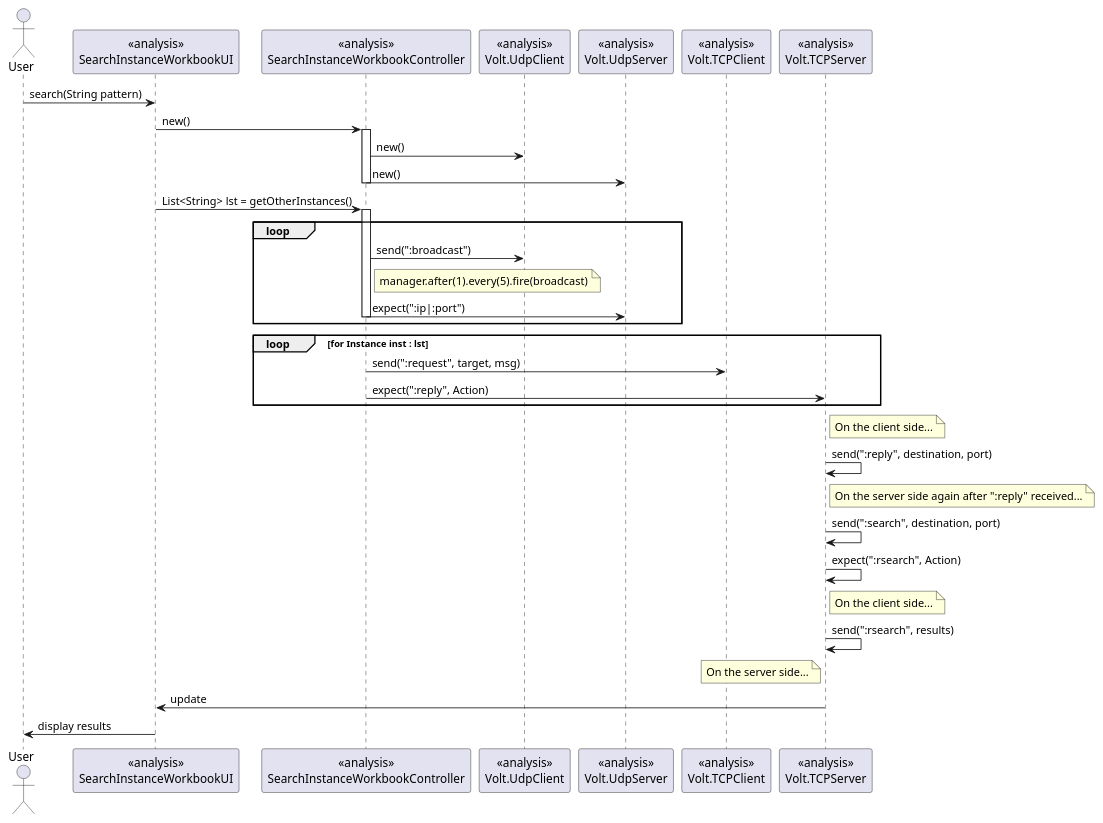
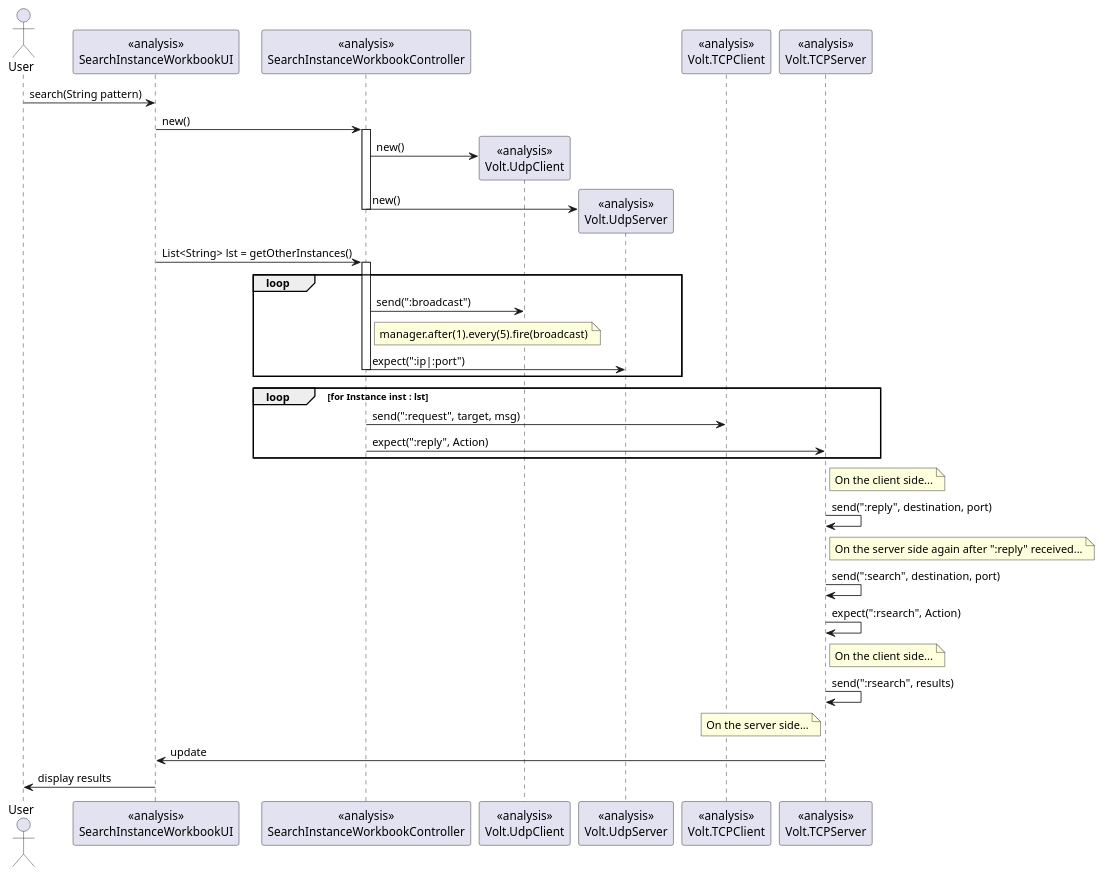
Before and after one commit to RubenTeixeira/cleansheets_isep_2dg_2016: the diagram in src/main/java/csheets/worklog/n1140780/sprint3/ipc_03.2_analysis.puml, drawn with PlantUML. The commit also changed 2 other files, not shown here.

```diff
--- a/src/main/java/csheets/worklog/n1140780/sprint3/ipc_03.2_analysis.puml
+++ b/src/main/java/csheets/worklog/n1140780/sprint3/ipc_03.2_analysis.puml
@@ -1,50 +1,52 @@
 @startuml doc-files/ipc_03.1_analysis_server_side.png
 
 actor User
 participant "<<analysis>>\nSearchInstanceWorkbookUI" as UI
 participant "<<analysis>>\nSearchInstanceWorkbookController" as Control
 participant "<<analysis>>\nVolt.UdpClient" as UdpClient
 participant "<<analysis>>\nVolt.UdpServer" as UdpServer
 participant "<<analysis>>\nVolt.TCPClient" as TCPClient
 participant "<<analysis>>\nVolt.TCPServer" as TCPServer
 
 User->UI: search(String pattern)
 UI->Control: new()
 
 activate Control
+create UdpClient
 Control->UdpClient: new()
+create UdpServer
 Control->UdpServer: new()
 deactivate Control
 UI->Control: List<String> lst = getOtherInstances()
 loop
 activate Control
 Control->UdpClient: send(":broadcast")
 note right of Control: manager.after(1).every(5).fire(broadcast)
 Control->UdpServer: expect(":ip|:port")
 deactivate Control
 end
 
 loop for Instance inst : lst
 Control -> TCPClient : send(":request", target, msg)
 Control -> TCPServer : expect(":reply", Action)
 deactivate Control
 deactivate TCPServer
 deactivate TCPClient
 end
 
 note right of TCPServer: On the client side...
 TCPServer -> TCPServer: send(":reply", destination, port)
 
 note right of TCPServer: On the server side again after ":reply" received...
 TCPServer -> TCPServer: send(":search", destination, port)
 TCPServer -> TCPServer: expect(":rsearch", Action)
 
 note right of TCPServer: On the client side...
 TCPServer -> TCPServer: send(":rsearch", results)
 
 note left of TCPServer: On the server side...
 TCPServer -> UI: update
 deactivate TCPServer
 UI -> User : display results
 
 @enduml
```
